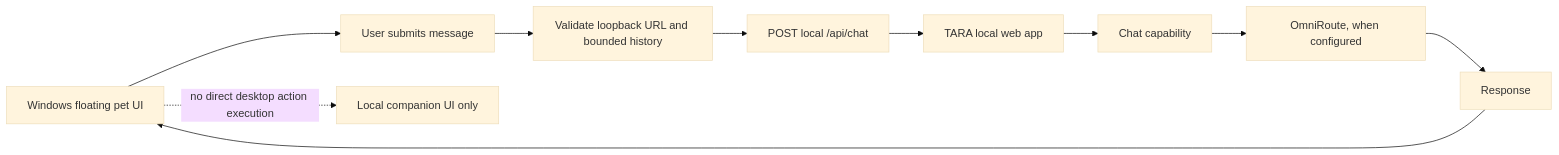
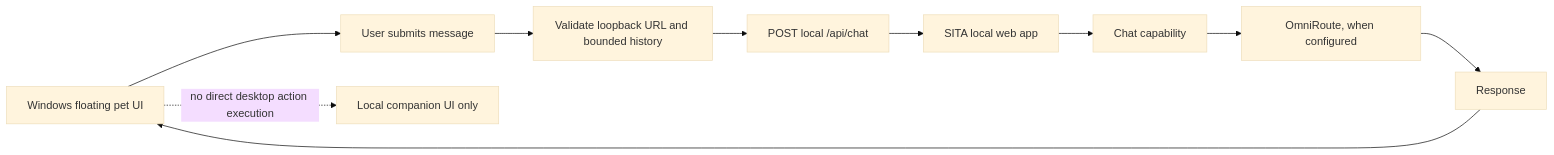
Before and after one commit to deathkernel/TARA-App: diagram 18 of 20 in docs/FEATURE_AND_NEURAL_NETWORK_DIAGRAMS.md, drawn with Mermaid (base theme). The commit also changed other lines of this file and 96 other files, not shown here.

Commit message:
feat(branding): rebrand TARA product as SITA

````diff
--- a/docs/FEATURE_AND_NEURAL_NETWORK_DIAGRAMS.md
+++ b/docs/FEATURE_AND_NEURAL_NETWORK_DIAGRAMS.md
@@ -366,12 +366,12 @@
 ```mermaid
 flowchart LR
   Pet[Windows floating pet UI] --> Input[User submits message]
   Input --> Validate[Validate loopback URL and bounded history]
   Validate --> HTTP[POST local /api/chat]
-  HTTP --> App[TARA local web app]
+  HTTP --> App[SITA local web app]
   App --> Chat[Chat capability]
   Chat --> Omni[OmniRoute, when configured]
   Omni --> Response[Response]
   Response --> Pet
   Pet -. no direct desktop action execution .-> Boundary[Local companion UI only]
 ```
````
